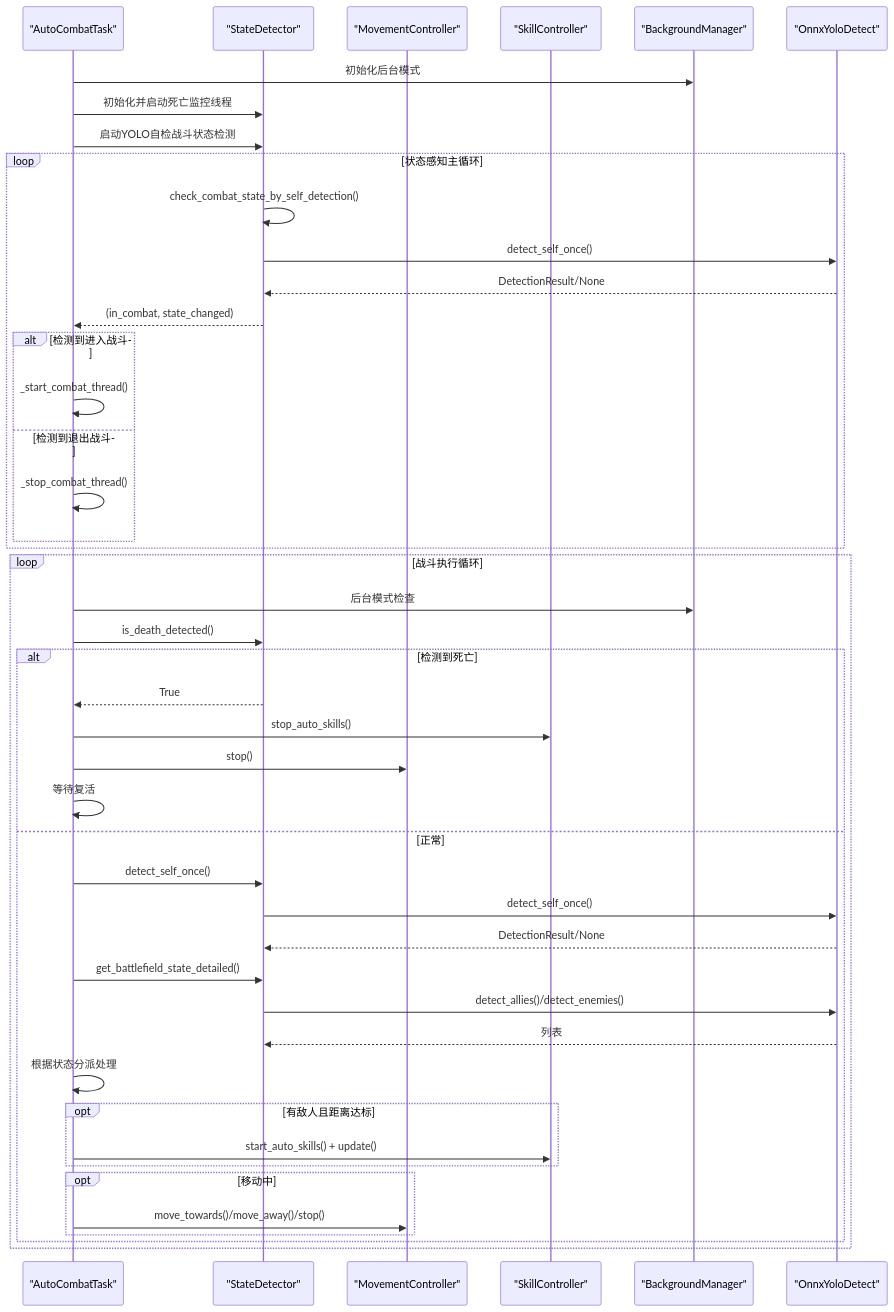
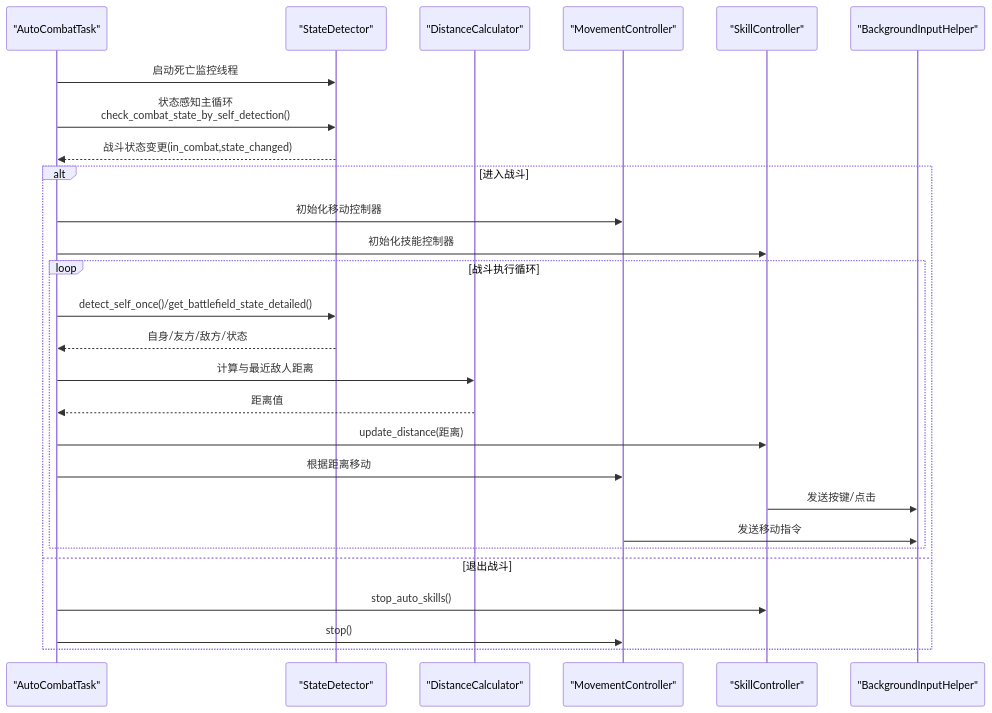
One commit to xsy098-max/ok-jump changed the second of 6 diagrams in .qoder/repowiki/zh/content/战斗系统/战斗系统.md. Above: the diagram before and after it, drawn with Mermaid. The commit also changed other lines of this file and 216 other files, not shown here.

````diff
--- a/.qoder/repowiki/zh/content/战斗系统/战斗系统.md
+++ b/.qoder/repowiki/zh/content/战斗系统/战斗系统.md
@@ -106,47 +109,29 @@
 ```mermaid
 sequenceDiagram
 participant Task as "AutoCombatTask"
 participant SD as "StateDetector"
+participant DC as "DistanceCalculator"
 participant MC as "MovementController"
 participant SC as "SkillController"
-participant BG as "BackgroundManager"
-participant YOLO as "OnnxYoloDetect"
-Task->>BG : 初始化后台模式
-Task->>SD : 初始化并启动死亡监控线程
-Task->>SD : 启动YOLO自检战斗状态检测
-loop 状态感知主循环
-SD->>SD : check_combat_state_by_self_detection()
-SD->>YOLO : detect_self_once()
-YOLO-->>SD : DetectionResult/None
-SD-->>Task : (in_combat, state_changed)
-alt 检测到进入战斗
-Task->>Task : _start_combat_thread()
-else 检测到退出战斗
-Task->>Task : _stop_combat_thread()
+participant BIH as "BackgroundInputHelper"
+Task->>SD : 启动死亡监控线程
+Task->>SD : 状态感知主循环<br/>check_combat_state_by_self_detection()
+SD-->>Task : 战斗状态变更(in_combat,state_changed)
+alt 进入战斗
+Task->>MC : 初始化移动控制器
+Task->>SC : 初始化技能控制器
+loop 战斗执行循环
+Task->>SD : detect_self_once()/get_battlefield_state_detailed()
+SD-->>Task : 自身/友方/敌方/状态
+Task->>DC : 计算与最近敌人距离
+DC-->>Task : 距离值
+Task->>SC : update_distance(距离)
+Task->>MC : 根据距离移动
+SC->>BIH : 发送按键/点击
+MC->>BIH : 发送移动指令
 end
-end
-loop 战斗执行循环
-Task->>BG : 后台模式检查
-Task->>SD : is_death_detected()
-alt 检测到死亡
-SD-->>Task : True
+else 退出战斗
 Task->>SC : stop_auto_skills()
 Task->>MC : stop()
-Task->>Task : 等待复活
-else 正常
-Task->>SD : detect_self_once()
-SD->>YOLO : detect_self_once()
-YOLO-->>SD : DetectionResult/None
-Task->>SD : get_battlefield_state_detailed()
-SD->>YOLO : detect_allies()/detect_enemies()
-YOLO-->>SD : 列表
-Task->>Task : 根据状态分派处理
-opt 有敌人且距离达标
-Task->>SC : start_auto_skills() + update()
-end
-opt 移动中
-Task->>MC : move_towards()/move_away()/stop()
-end
-end
 end
 ```
````
